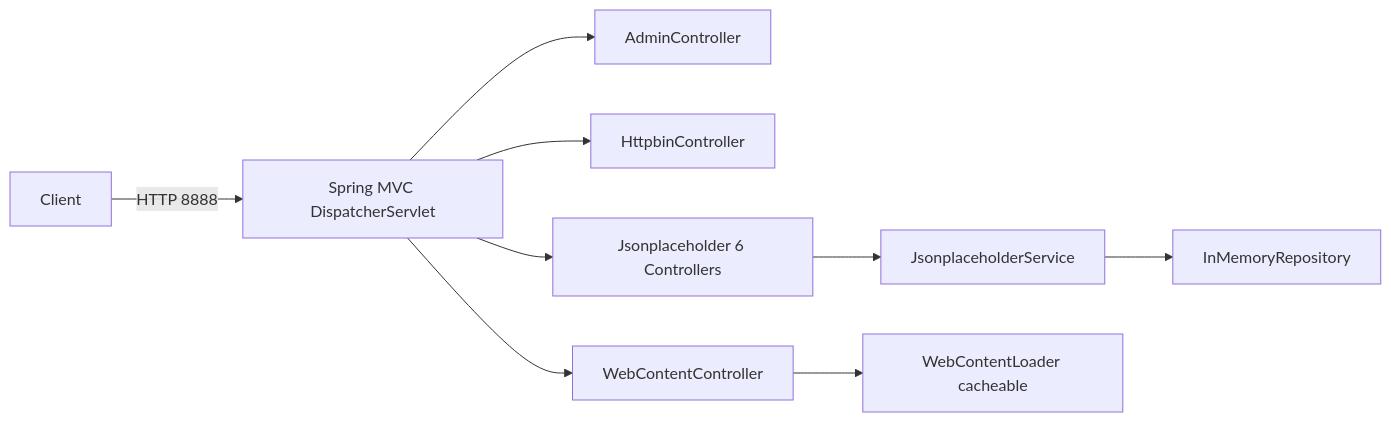
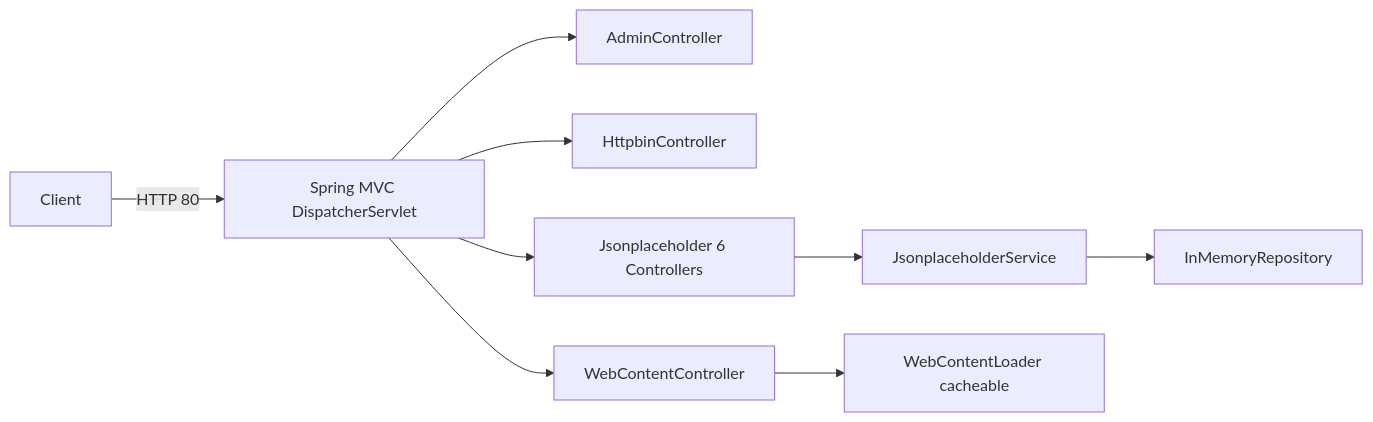
The first of 3 diagrams in testing/mock-web-server/README.ko.md (bluetape4k/bluetape4k-projects), drawn with Mermaid before and after one commit. The commit also changed other lines of this file and 6 other files, not shown here.

````diff
--- a/testing/mock-web-server/README.ko.md
+++ b/testing/mock-web-server/README.ko.md
@@ -27,10 +27,10 @@
 ```mermaid
 flowchart LR
-    C[Client] -->|HTTP 8888| S[Spring MVC DispatcherServlet]
+    C[Client] -->|HTTP 80| S[Spring MVC DispatcherServlet]
     S --> A[AdminController]
     S --> H[HttpbinController]
     S --> J[Jsonplaceholder 6 Controllers]
     S --> W[WebContentController]
     J --> Svc[JsonplaceholderService] --> Repo[InMemoryRepository]
     W --> L[WebContentLoader cacheable]
 ```
````
